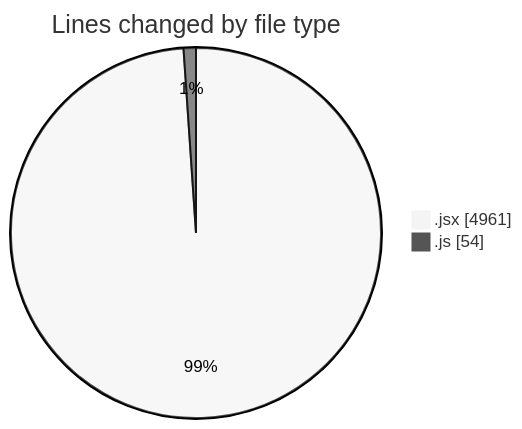
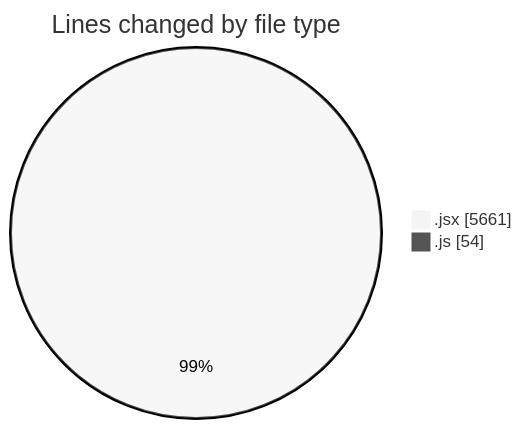
One commit to nxtqubesakshisongat/code-tracking changed the first of 2 diagrams in 2025-06-25/nxtqube_webapp/README.md. Above: the diagram before and after it, drawn with Mermaid (neutral theme). The commit also changed other lines of this file and 1 other file, not shown here.

````diff
--- a/2025-06-25/nxtqube_webapp/README.md
+++ b/2025-06-25/nxtqube_webapp/README.md
@@ -24,6 +24,6 @@
 ```mermaid
 pie showData
 title Lines changed by file type
-".jsx" : 4961
+".jsx" : 5661
 ".js" : 54
 ```
````
